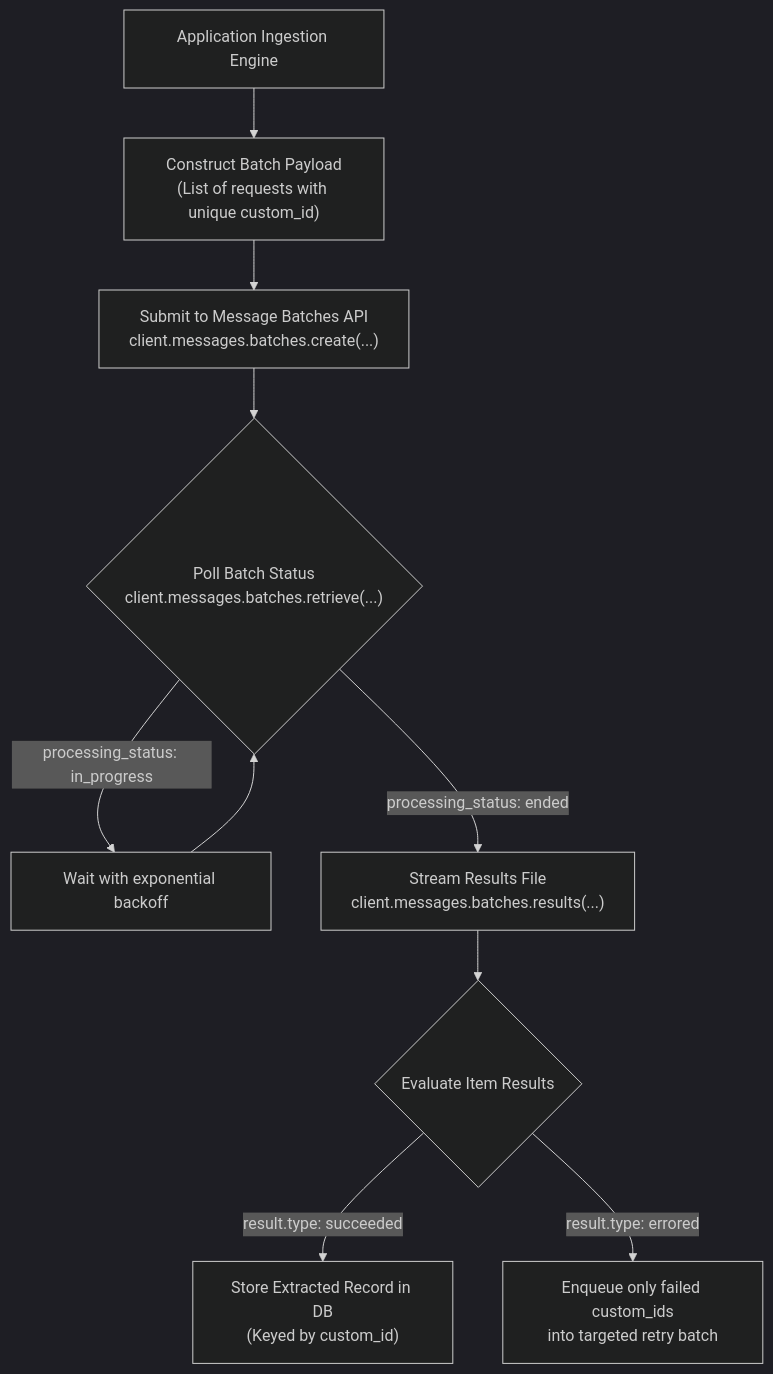
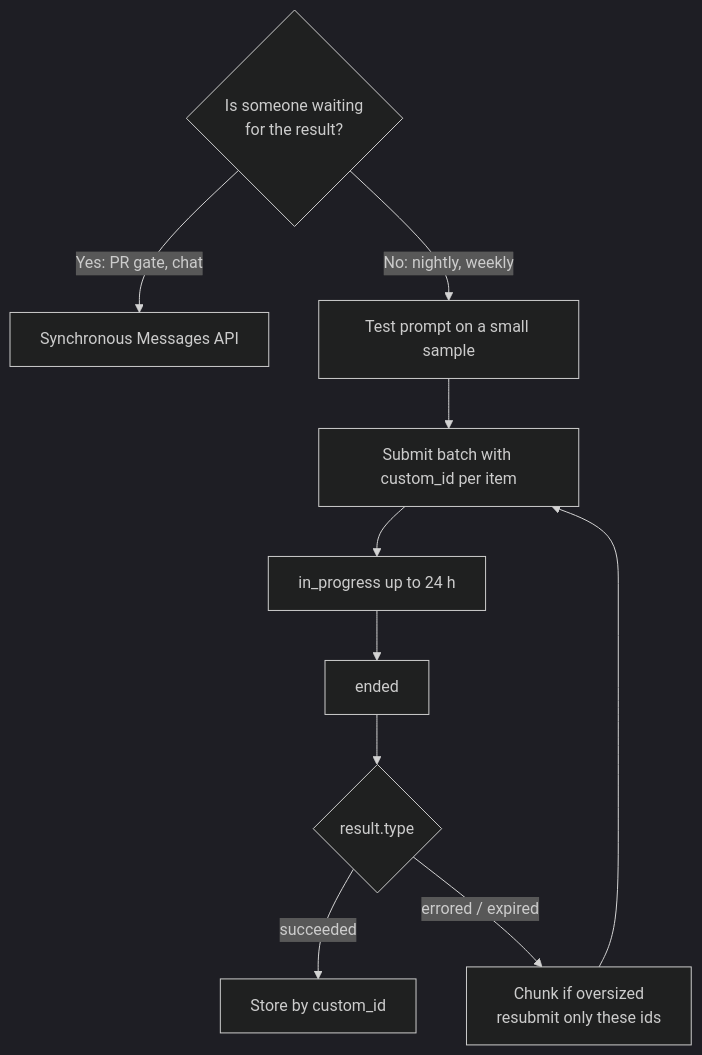
One commit to dip4k/claude_cert_architect_foundation_prep changed the diagram in domain4/ts_4_5_message_batches_api/README.md. Above: the diagram before and after it, drawn with Mermaid (dark theme). The commit also changed other lines of this file and 133 other files, not shown here.

````diff
--- a/domain4/ts_4_5_message_batches_api/README.md
+++ b/domain4/ts_4_5_message_batches_api/README.md
@@ -71,18 +97,13 @@
 ```mermaid
 flowchart TD
-    Client["Application Ingestion Engine"] --> BuildBatch["Construct Batch Payload<br>(List of requests with unique custom_id)"]
-    
-    BuildBatch --> SubmitAPI["Submit to Message Batches API<br>client.messages.batches.create(...)"]
-    
-    SubmitAPI --> StatusCheck{"Poll Batch Status<br>client.messages.batches.retrieve(...)"}
-    
-    StatusCheck -->|"processing_status: in_progress"| SleepPoll["Wait with exponential backoff"]
-    SleepPoll --> StatusCheck
-    
-    StatusCheck -->|"processing_status: ended"| StreamResults["Stream Results File<br>client.messages.batches.results(...)"]
-    
-    StreamResults --> InspectResults{"Evaluate Item Results"}
-    
-    InspectResults -->|"result.type: succeeded"| SaveDB["Store Extracted Record in DB<br>(Keyed by custom_id)"]
-    InspectResults -->|"result.type: errored"| RetryQueue["Enqueue only failed custom_ids<br>into targeted retry batch"]
+    Work{"Is someone waiting<br>for the result?"}
+    Work -->|"Yes: PR gate, chat"| Sync["Synchronous Messages API"]
+    Work -->|"No: nightly, weekly"| Sample["Test prompt on a small sample"]
+    Sample --> Submit["Submit batch with custom_id per item"]
+    Submit --> Wait["in_progress up to 24 h"]
+    Wait --> Ended["ended"]
+    Ended --> Results{"result.type"}
+    Results -->|"succeeded"| Save["Store by custom_id"]
+    Results -->|"errored / expired"| Retry["Chunk if oversized<br>resubmit only these ids"]
+    Retry --> Submit
 ```
````
